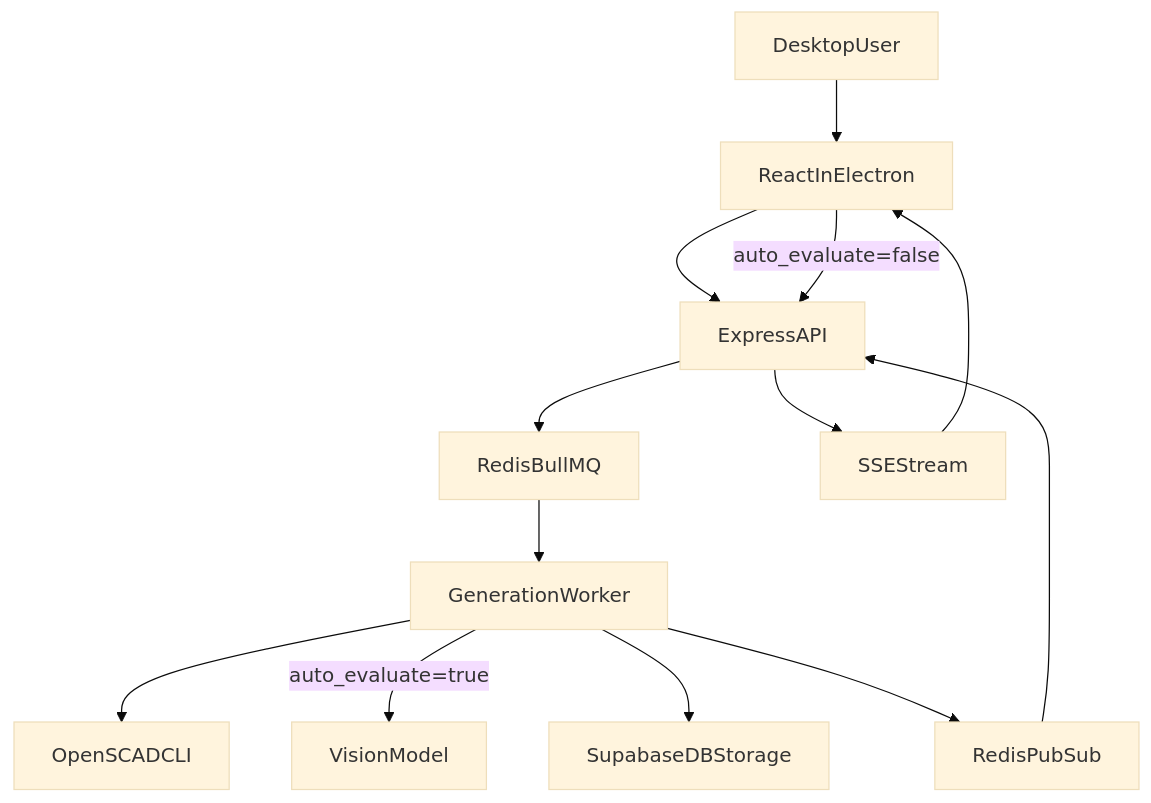
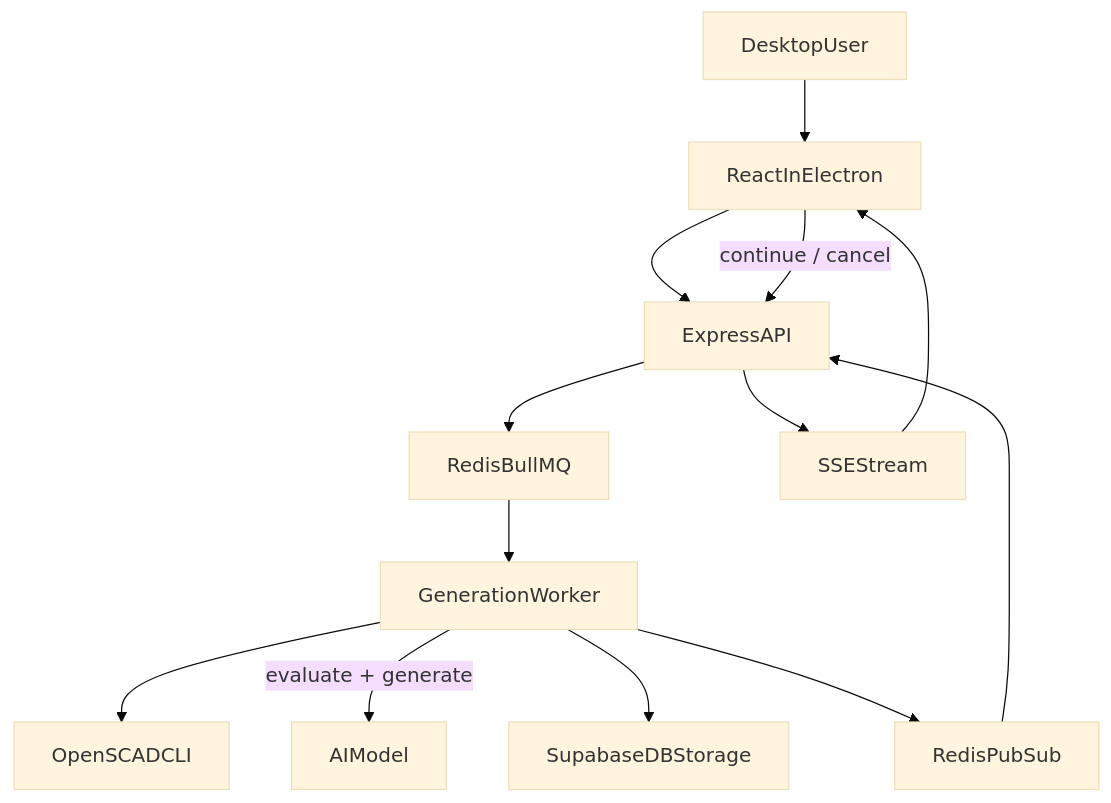
The diagram in .cursor/plans/ts_express_compose_mvp.md (zacbemis/3DAI), drawn with Mermaid (base theme) before and after one commit. The commit also changed other lines of this file and 8 other files, not shown here.

````diff
--- a/.cursor/plans/ts_express_compose_mvp.md
+++ b/.cursor/plans/ts_express_compose_mvp.md
@@ -221,15 +233,15 @@
 ```mermaid
 flowchart TD
 user[DesktopUser] --> desktop[ReactInElectron]
 desktop --> api[ExpressAPI]
 api --> queue[RedisBullMQ]
 queue --> worker[GenerationWorker]
 worker --> openscad[OpenSCADCLI]
-worker -->|auto_evaluate=true| vision[VisionModel]
+worker -->|evaluate + generate| ai[AIModel]
 worker --> supabase[SupabaseDBStorage]
 worker --> pubsub[RedisPubSub]
 pubsub --> api
 api --> sse[SSEStream]
 sse --> desktop
-desktop -->|auto_evaluate=false| api
+desktop -->|continue / cancel| api
 ```
````
